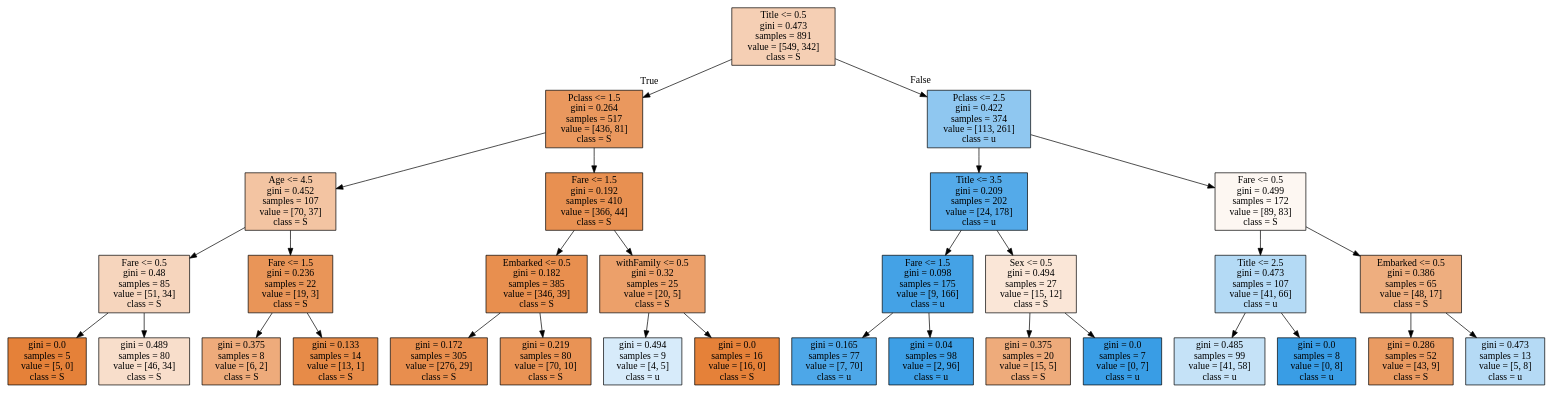
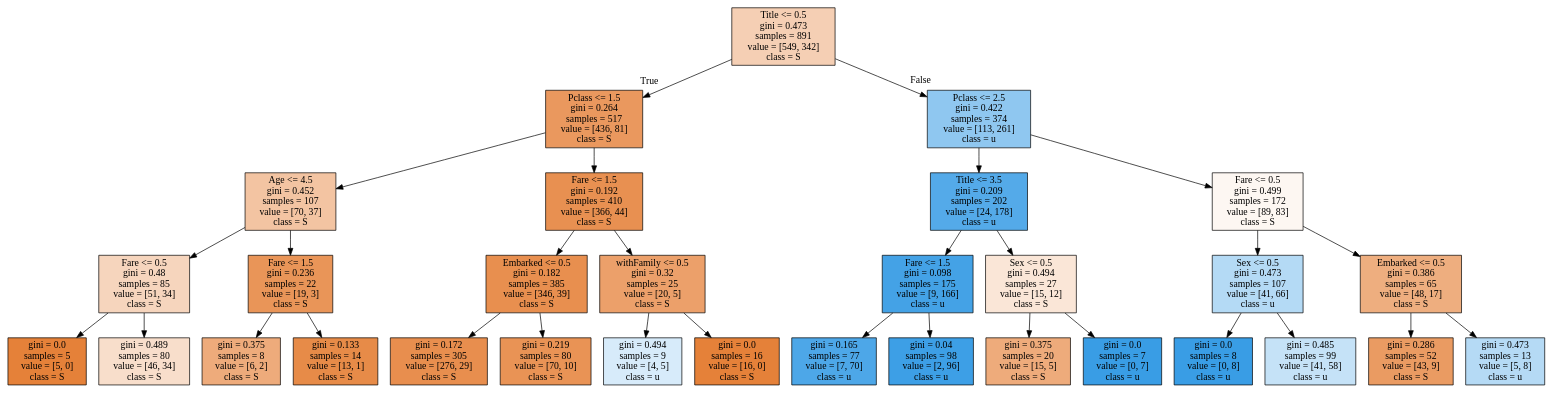
One commit to Migorithm/DataScience changed the diagram in 02_MachineLearning/tree.dot. Above: the diagram before and after it, drawn with Graphviz. The commit also changed 71 other files, not shown here.

```diff
--- a/02_MachineLearning/tree.dot
+++ b/02_MachineLearning/tree.dot
@@ -1,64 +1,64 @@
 digraph Tree {
 node [shape=box, style="filled", color="black"] ;
 0 [label="Title <= 0.5\ngini = 0.473\nsamples = 891\nvalue = [549, 342]\nclass = S", fillcolor="#f5cfb4"] ;
 1 [label="Pclass <= 1.5\ngini = 0.264\nsamples = 517\nvalue = [436, 81]\nclass = S", fillcolor="#ea985e"] ;
 0 -> 1 [labeldistance=2.5, labelangle=45, headlabel="True"] ;
 2 [label="Age <= 4.5\ngini = 0.452\nsamples = 107\nvalue = [70, 37]\nclass = S", fillcolor="#f3c4a2"] ;
 1 -> 2 ;
 3 [label="Fare <= 0.5\ngini = 0.48\nsamples = 85\nvalue = [51, 34]\nclass = S", fillcolor="#f6d5bd"] ;
 2 -> 3 ;
 4 [label="gini = 0.0\nsamples = 5\nvalue = [5, 0]\nclass = S", fillcolor="#e58139"] ;
 3 -> 4 ;
 5 [label="gini = 0.489\nsamples = 80\nvalue = [46, 34]\nclass = S", fillcolor="#f8decb"] ;
 3 -> 5 ;
 6 [label="Fare <= 1.5\ngini = 0.236\nsamples = 22\nvalue = [19, 3]\nclass = S", fillcolor="#e99558"] ;
 2 -> 6 ;
 7 [label="gini = 0.375\nsamples = 8\nvalue = [6, 2]\nclass = S", fillcolor="#eeab7b"] ;
 6 -> 7 ;
 8 [label="gini = 0.133\nsamples = 14\nvalue = [13, 1]\nclass = S", fillcolor="#e78b48"] ;
 6 -> 8 ;
 9 [label="Fare <= 1.5\ngini = 0.192\nsamples = 410\nvalue = [366, 44]\nclass = S", fillcolor="#e89051"] ;
 1 -> 9 ;
 10 [label="Embarked <= 0.5\ngini = 0.182\nsamples = 385\nvalue = [346, 39]\nclass = S", fillcolor="#e88f4f"] ;
 9 -> 10 ;
 11 [label="gini = 0.172\nsamples = 305\nvalue = [276, 29]\nclass = S", fillcolor="#e88e4e"] ;
 10 -> 11 ;
 12 [label="gini = 0.219\nsamples = 80\nvalue = [70, 10]\nclass = S", fillcolor="#e99355"] ;
 10 -> 12 ;
 13 [label="withFamily <= 0.5\ngini = 0.32\nsamples = 25\nvalue = [20, 5]\nclass = S", fillcolor="#eca06a"] ;
 9 -> 13 ;
 14 [label="gini = 0.494\nsamples = 9\nvalue = [4, 5]\nclass = u", fillcolor="#d7ebfa"] ;
 13 -> 14 ;
 15 [label="gini = 0.0\nsamples = 16\nvalue = [16, 0]\nclass = S", fillcolor="#e58139"] ;
 13 -> 15 ;
 16 [label="Pclass <= 2.5\ngini = 0.422\nsamples = 374\nvalue = [113, 261]\nclass = u", fillcolor="#8fc7f0"] ;
 0 -> 16 [labeldistance=2.5, labelangle=-45, headlabel="False"] ;
 17 [label="Title <= 3.5\ngini = 0.209\nsamples = 202\nvalue = [24, 178]\nclass = u", fillcolor="#54aae9"] ;
 16 -> 17 ;
 18 [label="Fare <= 1.5\ngini = 0.098\nsamples = 175\nvalue = [9, 166]\nclass = u", fillcolor="#44a2e6"] ;
 17 -> 18 ;
 19 [label="gini = 0.165\nsamples = 77\nvalue = [7, 70]\nclass = u", fillcolor="#4da7e8"] ;
 18 -> 19 ;
 20 [label="gini = 0.04\nsamples = 98\nvalue = [2, 96]\nclass = u", fillcolor="#3d9fe6"] ;
 18 -> 20 ;
 21 [label="Sex <= 0.5\ngini = 0.494\nsamples = 27\nvalue = [15, 12]\nclass = S", fillcolor="#fae6d7"] ;
 17 -> 21 ;
 22 [label="gini = 0.375\nsamples = 20\nvalue = [15, 5]\nclass = S", fillcolor="#eeab7b"] ;
 21 -> 22 ;
 23 [label="gini = 0.0\nsamples = 7\nvalue = [0, 7]\nclass = u", fillcolor="#399de5"] ;
 21 -> 23 ;
 24 [label="Fare <= 0.5\ngini = 0.499\nsamples = 172\nvalue = [89, 83]\nclass = S", fillcolor="#fdf7f2"] ;
 16 -> 24 ;
-25 [label="Title <= 2.5\ngini = 0.473\nsamples = 107\nvalue = [41, 66]\nclass = u", fillcolor="#b4daf5"] ;
+25 [label="Sex <= 0.5\ngini = 0.473\nsamples = 107\nvalue = [41, 66]\nclass = u", fillcolor="#b4daf5"] ;
 24 -> 25 ;
-26 [label="gini = 0.485\nsamples = 99\nvalue = [41, 58]\nclass = u", fillcolor="#c5e2f7"] ;
+26 [label="gini = 0.0\nsamples = 8\nvalue = [0, 8]\nclass = u", fillcolor="#399de5"] ;
 25 -> 26 ;
-27 [label="gini = 0.0\nsamples = 8\nvalue = [0, 8]\nclass = u", fillcolor="#399de5"] ;
+27 [label="gini = 0.485\nsamples = 99\nvalue = [41, 58]\nclass = u", fillcolor="#c5e2f7"] ;
 25 -> 27 ;
 28 [label="Embarked <= 0.5\ngini = 0.386\nsamples = 65\nvalue = [48, 17]\nclass = S", fillcolor="#eeae7f"] ;
 24 -> 28 ;
 29 [label="gini = 0.286\nsamples = 52\nvalue = [43, 9]\nclass = S", fillcolor="#ea9b62"] ;
 28 -> 29 ;
 30 [label="gini = 0.473\nsamples = 13\nvalue = [5, 8]\nclass = u", fillcolor="#b5daf5"] ;
 28 -> 30 ;
 }
```
